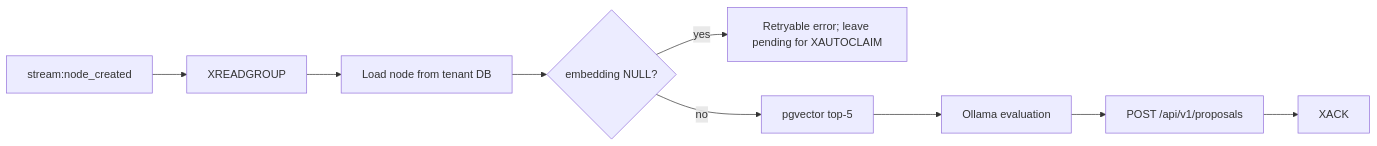
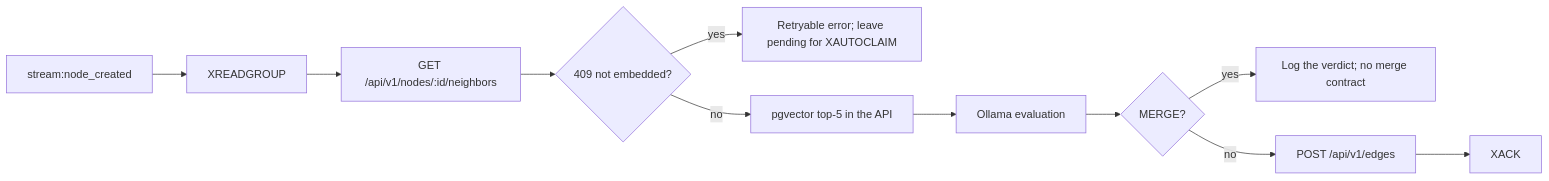
One commit to Juanc0/vozlab changed the diagram in docs/spec/relator.md. Above: the diagram before and after it, drawn with Mermaid. The commit also changed other lines of this file and 25 other files, not shown here.

````diff
--- a/docs/spec/relator.md
+++ b/docs/spec/relator.md
@@ -61,11 +67,13 @@
 ```mermaid
 flowchart LR
     A[stream:node_created] --> B[XREADGROUP]
-    B --> C[Load node from tenant DB]
-    C --> D{embedding NULL?}
+    B --> C[GET /api/v1/nodes/:id/neighbors]
+    C --> D{409 not embedded?}
     D -->|yes| E[Retryable error; leave pending for XAUTOCLAIM]
-    D -->|no| F[pgvector top-5]
+    D -->|no| F[pgvector top-5 in the API]
     F --> G[Ollama evaluation]
-    G --> H[POST /api/v1/proposals]
-    H --> I[XACK]
+    G --> H{MERGE?}
+    H -->|yes| H2[Log the verdict; no merge contract]
+    H -->|no| I[POST /api/v1/edges]
+    I --> J[XACK]
 ```
````
